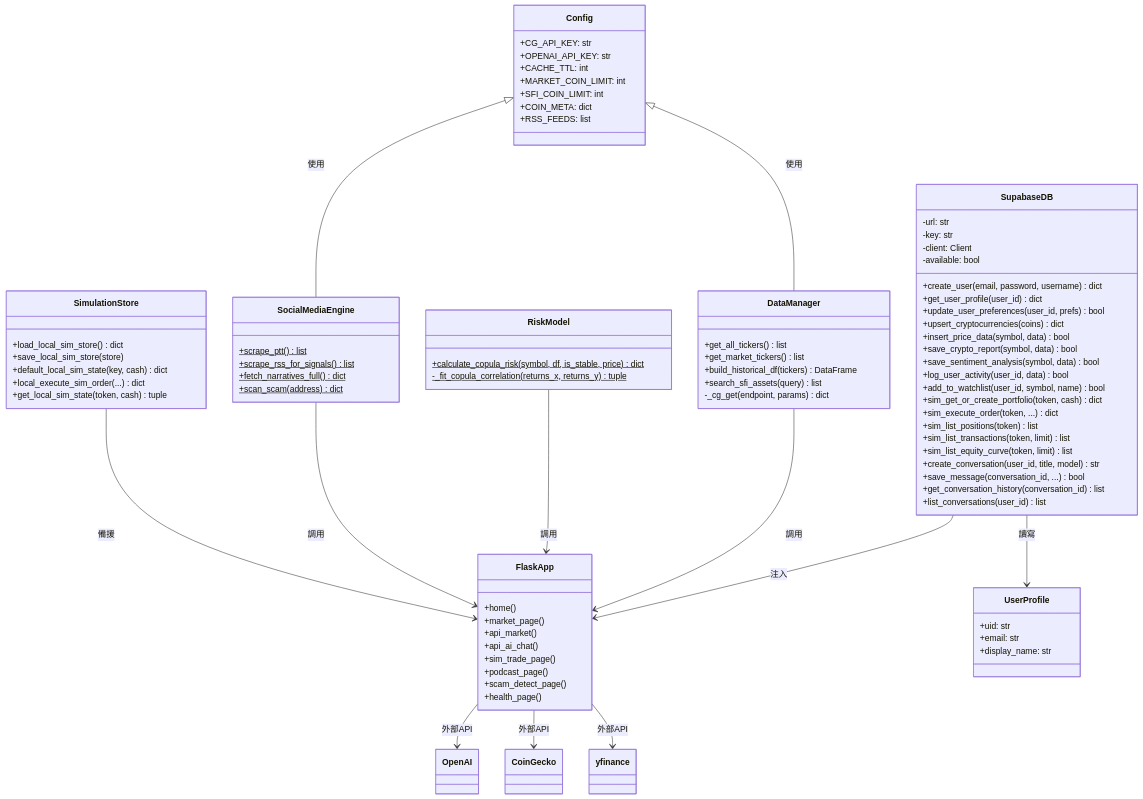
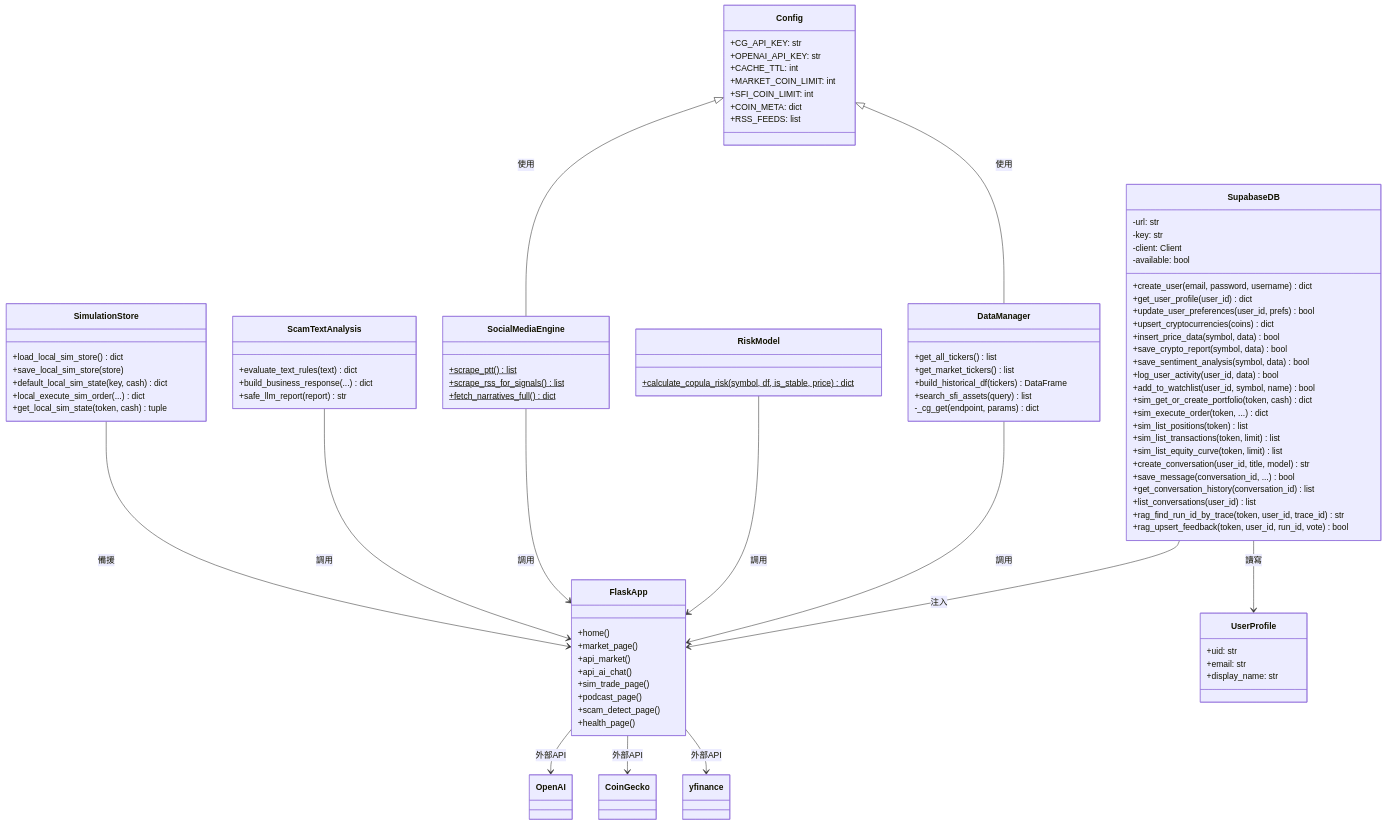
The second of 7 diagrams in docs/06-設計模型.md (ziii-11246083/cip), drawn with Mermaid before and after one commit. The commit also changed other lines of this file and 66 other files, not shown here.

```diff
--- a/docs/06-設計模型.md
+++ b/docs/06-設計模型.md
@@ -150,6 +151,8 @@
         +save_message(conversation_id, ...) bool
         +get_conversation_history(conversation_id) list
         +list_conversations(user_id) list
+        +rag_find_run_id_by_trace(token, user_id, trace_id) str
+        +rag_upsert_feedback(token, user_id, run_id, vote) bool
     }
 
     class DataManager {
@@ -162,14 +165,18 @@
 
     class RiskModel {
         +calculate_copula_risk(symbol, df, is_stable, price) dict$
-        -_fit_copula_correlation(returns_x, returns_y) tuple$
     }
 
     class SocialMediaEngine {
         +scrape_ptt() list$
         +scrape_rss_for_signals() list$
         +fetch_narratives_full() dict$
-        +scan_scam(address) dict$
+    }
+
+    class ScamTextAnalysis {
+        +evaluate_text_rules(text) dict
+        +build_business_response(...) dict
+        +safe_llm_report(report) str
     }
 
     class FlaskApp {
@@ -203,6 +210,7 @@
     DataManager --> FlaskApp : 調用
     RiskModel --> FlaskApp : 調用
     SocialMediaEngine --> FlaskApp : 調用
+    ScamTextAnalysis --> FlaskApp : 調用
     SimulationStore --> FlaskApp : 備援
     SupabaseDB --> UserProfile : 讀寫
     FlaskApp --> OpenAI : 外部API
```
